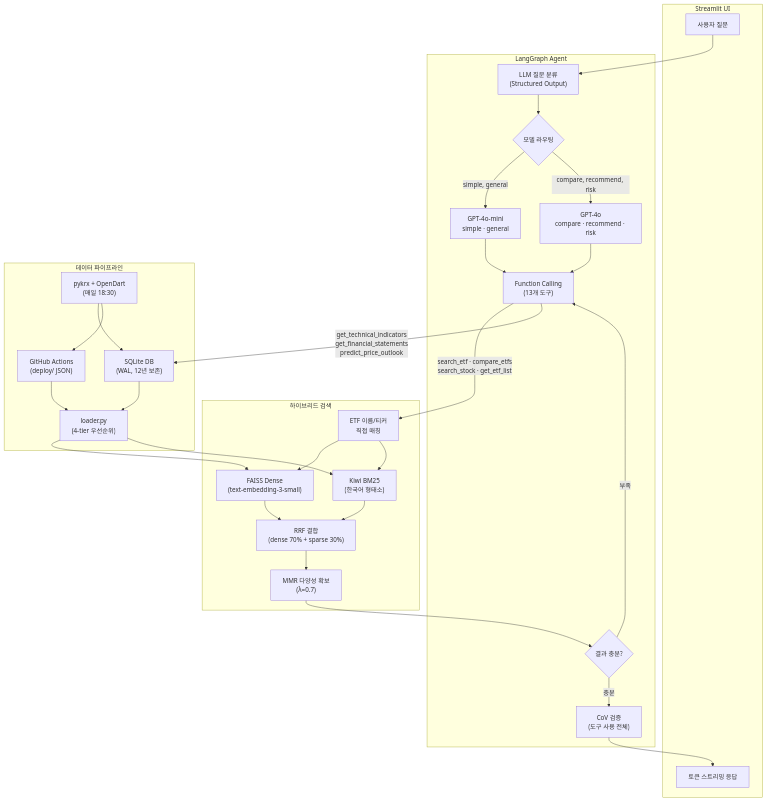
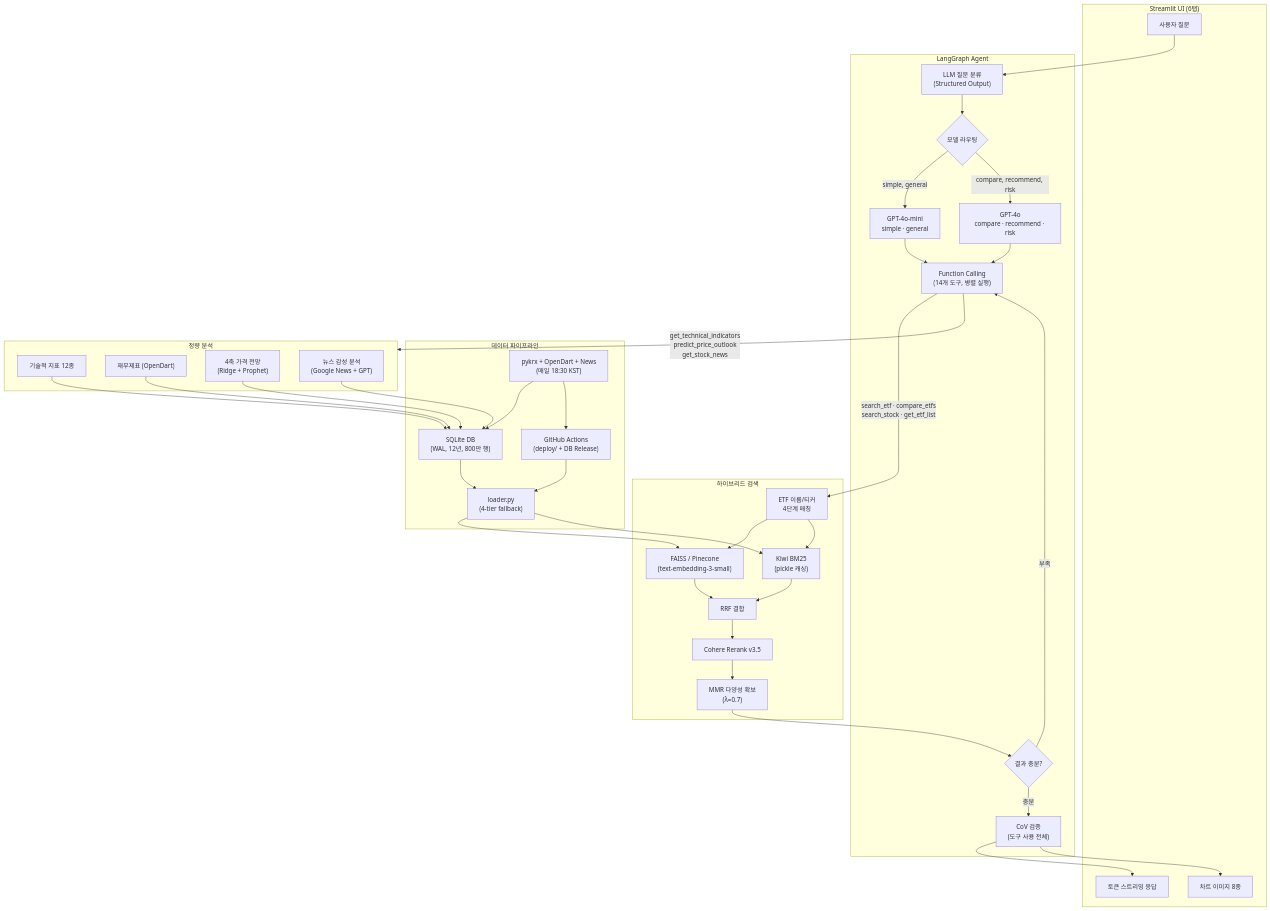
The diagram in ETF_RAG/README.md (m2222n/AI_agent), drawn with Mermaid before and after one commit. The commit also changed other lines of this file, not shown here.

````diff
--- a/ETF_RAG/README.md
+++ b/ETF_RAG/README.md
@@ -77,51 +107,62 @@
 ```mermaid
 flowchart TB
-    subgraph UI["Streamlit UI"]
+    subgraph UI["Streamlit UI (6탭)"]
         Input["사용자 질문"]
         Stream["토큰 스트리밍 응답"]
+        Charts["차트 이미지 8종"]
     end
 
     subgraph Agent["LangGraph Agent"]
         Classify["LLM 질문 분류<br/>(Structured Output)"]
         Router{"모델 라우팅"}
         Mini["GPT-4o-mini<br/>simple · general"]
         Full["GPT-4o<br/>compare · recommend · risk"]
-        Tools["Function Calling<br/>(13개 도구)"]
+        Tools["Function Calling<br/>(14개 도구, 병렬 실행)"]
         Retry{"결과 충분?"}
         CoV["CoV 검증<br/>(도구 사용 전체)"]
     end
 
     subgraph Search["하이브리드 검색"]
-        Match["ETF 이름/티커<br/>직접 매칭"]
-        Dense["FAISS Dense<br/>(text-embedding-3-small)"]
-        Sparse["Kiwi BM25<br/>(한국어 형태소)"]
-        RRF["RRF 결합<br/>(dense 70% + sparse 30%)"]
+        Match["ETF 이름/티커<br/>4단계 매칭"]
+        Dense["FAISS / Pinecone<br/>(text-embedding-3-small)"]
+        Sparse["Kiwi BM25<br/>(pickle 캐싱)"]
+        RRF["RRF 결합"]
+        Rerank["Cohere Rerank v3.5"]
         MMR["MMR 다양성 확보<br/>(λ=0.7)"]
     end
 
     subgraph Data["데이터 파이프라인"]
-        KRX["pykrx + OpenDart<br/>(매일 18:30)"]
-        DB["SQLite DB<br/>(WAL, 12년 보존)"]
-        Actions["GitHub Actions<br/>(deploy/ JSON)"]
-        Loader["loader.py<br/>(4-tier 우선순위)"]
+        KRX["pykrx + OpenDart + News<br/>(매일 18:30 KST)"]
+        DB["SQLite DB<br/>(WAL, 12년, 800만 행)"]
+        Actions["GitHub Actions<br/>(deploy/ + DB Release)"]
+        Loader["loader.py<br/>(4-tier fallback)"]
+    end
+
+    subgraph Analysis["정량 분석"]
+        Tech["기술적 지표 12종"]
+        Finance["재무제표 (OpenDart)"]
+        Predict["4축 가격 전망<br/>(Ridge + Prophet)"]
+        News["뉴스 감성 분석<br/>(Google News + GPT)"]
     end
 
     Input --> Classify --> Router
     Router -->|simple, general| Mini
     Router -->|compare, recommend, risk| Full
     Mini --> Tools
     Full --> Tools
     Tools -->|search_etf · compare_etfs<br/>search_stock · get_etf_list| Match
-    Tools -->|get_technical_indicators<br/>get_financial_statements<br/>predict_price_outlook| DB
+    Tools -->|get_technical_indicators<br/>predict_price_outlook<br/>get_stock_news| Analysis
     Match --> Dense & Sparse
-    Dense & Sparse --> RRF --> MMR
+    Dense & Sparse --> RRF --> Rerank --> MMR
     MMR --> Retry
     Retry -->|부족| Tools
     Retry -->|충분| CoV --> Stream
+    CoV --> Charts
 
+    Tech & Finance & Predict & News --> DB
     KRX --> DB
     KRX --> Actions
     DB --> Loader
     Actions --> Loader
     Loader --> Dense & Sparse
 ```
````
